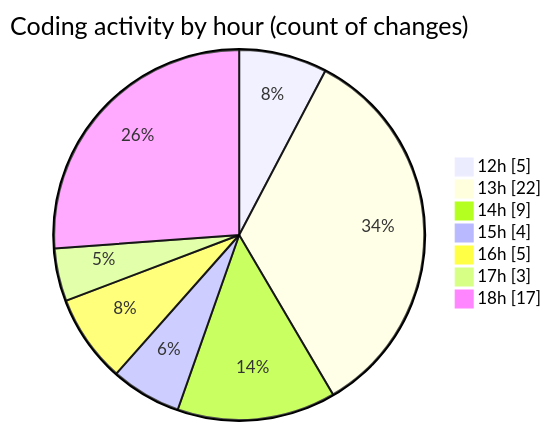
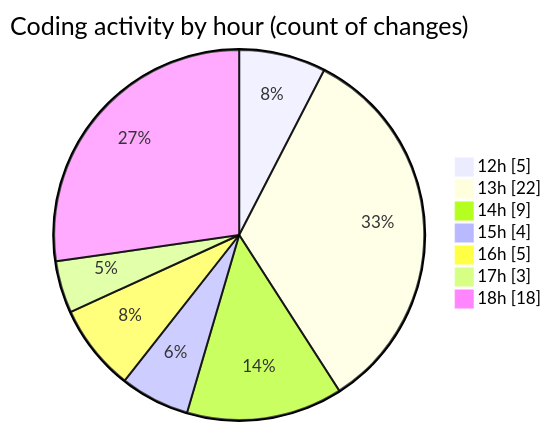
One commit to MatusMokan/code-tracking changed the second of 2 diagrams in 2025-04-19/myws__workspace_/README.md. Above: the diagram before and after it, drawn with Mermaid. The commit also changed other lines of this file and 1 other file, not shown here.

````diff
--- a/2025-04-19/myws__workspace_/README.md
+++ b/2025-04-19/myws__workspace_/README.md
@@ -32,11 +32,11 @@
 ```mermaid
 pie showData
 title Coding activity by hour (count of changes)
 "12h" : 5
 "13h" : 22
 "14h" : 9
 "15h" : 4
 "16h" : 5
 "17h" : 3
-"18h" : 17
+"18h" : 18
 ```
````
